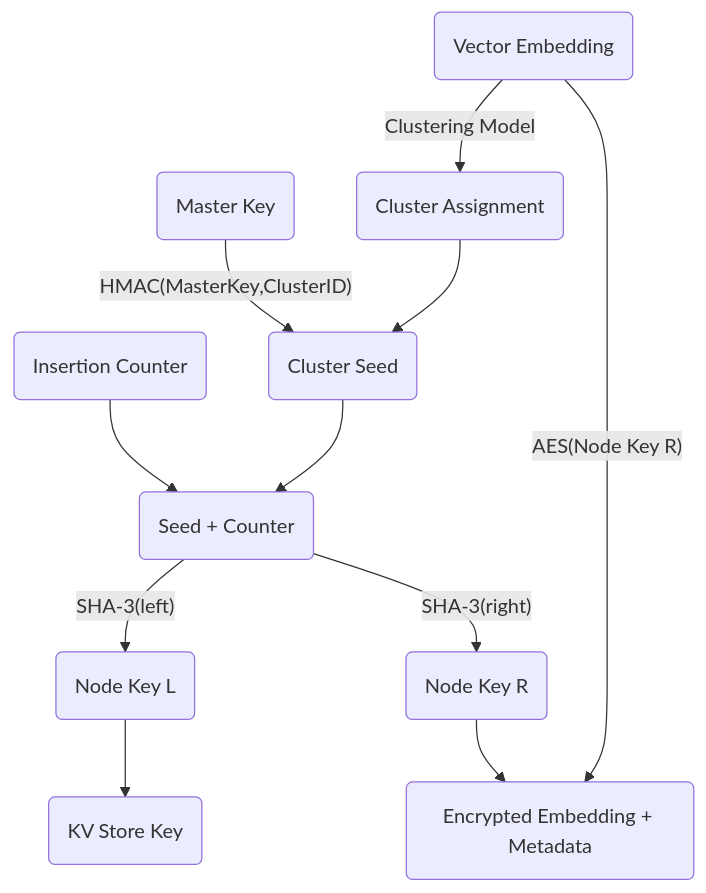
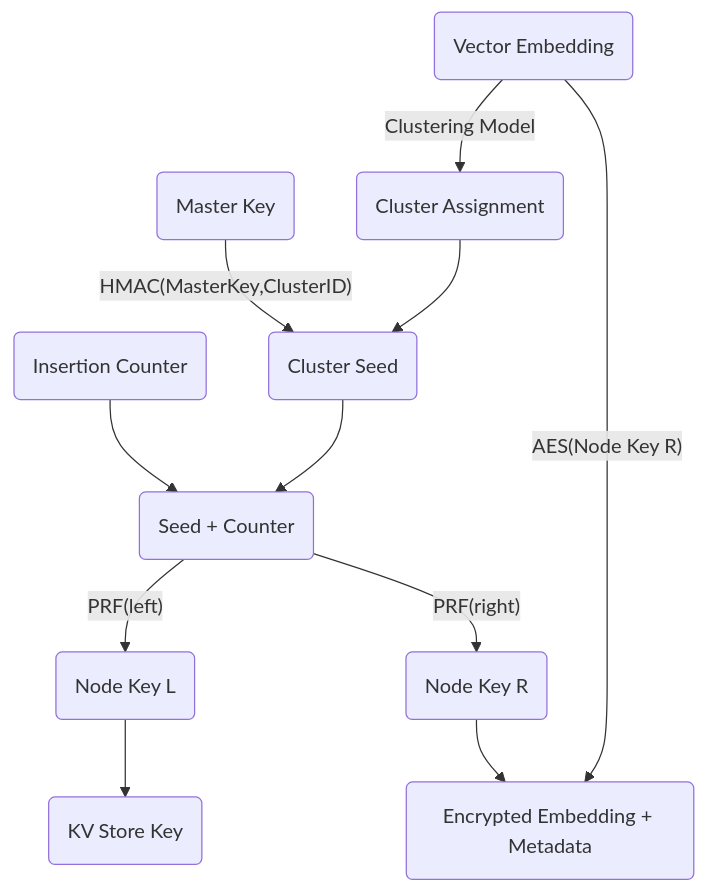
The first of 3 diagrams in versions/next/intro/encryption.mdx (cyborginc/cyborgdb-docs), drawn with Mermaid before and after one commit. The commit also changed other lines of this file and 11 other files, not shown here.

````diff
--- a/versions/next/intro/encryption.mdx
+++ b/versions/next/intro/encryption.mdx
@@ -55,18 +55,18 @@
 ```mermaid
 graph TD
     A(Vector Embedding) -->|"Clustering Model"| B(Cluster Assignment)
     
     MK(Master Key) -->|"HMAC(MasterKey,ClusterID)"| C(Cluster Seed)
     B --> C
     
     CM(Insertion Counter) --> D(Seed + Counter)
     C --> D
     
-    D -->|"SHA-3(left)"| E1(Node Key L)
-    D -->|"SHA-3(right)"| E2(Node Key R)
+    D -->|"PRF(left)"| E1(Node Key L)
+    D -->|"PRF(right)"| E2(Node Key R)
     
     E1 --> F1(KV Store Key)
     E2 --> F2(Encrypted Embedding + Metadata)
     
     A --> |"AES(Node Key R)"| F2
 ```
````
